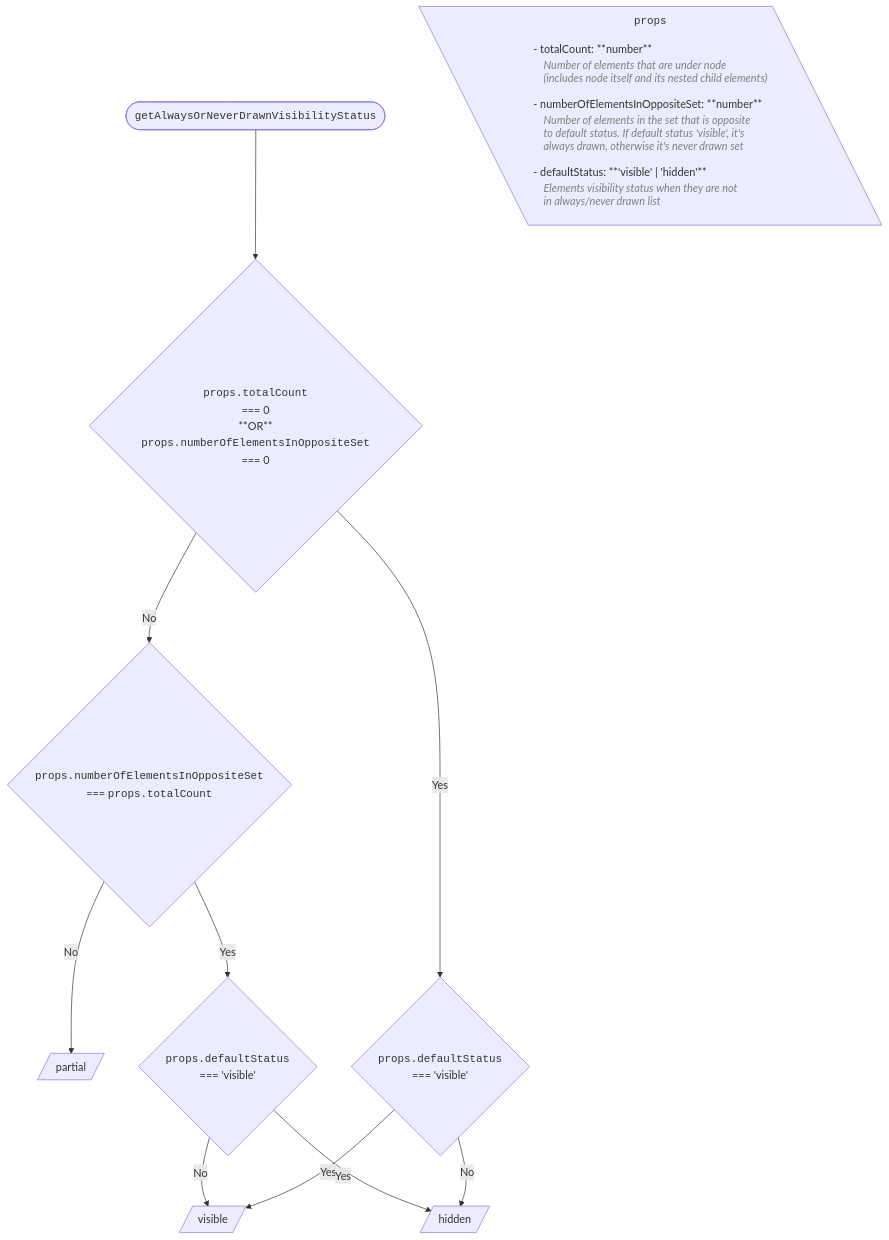
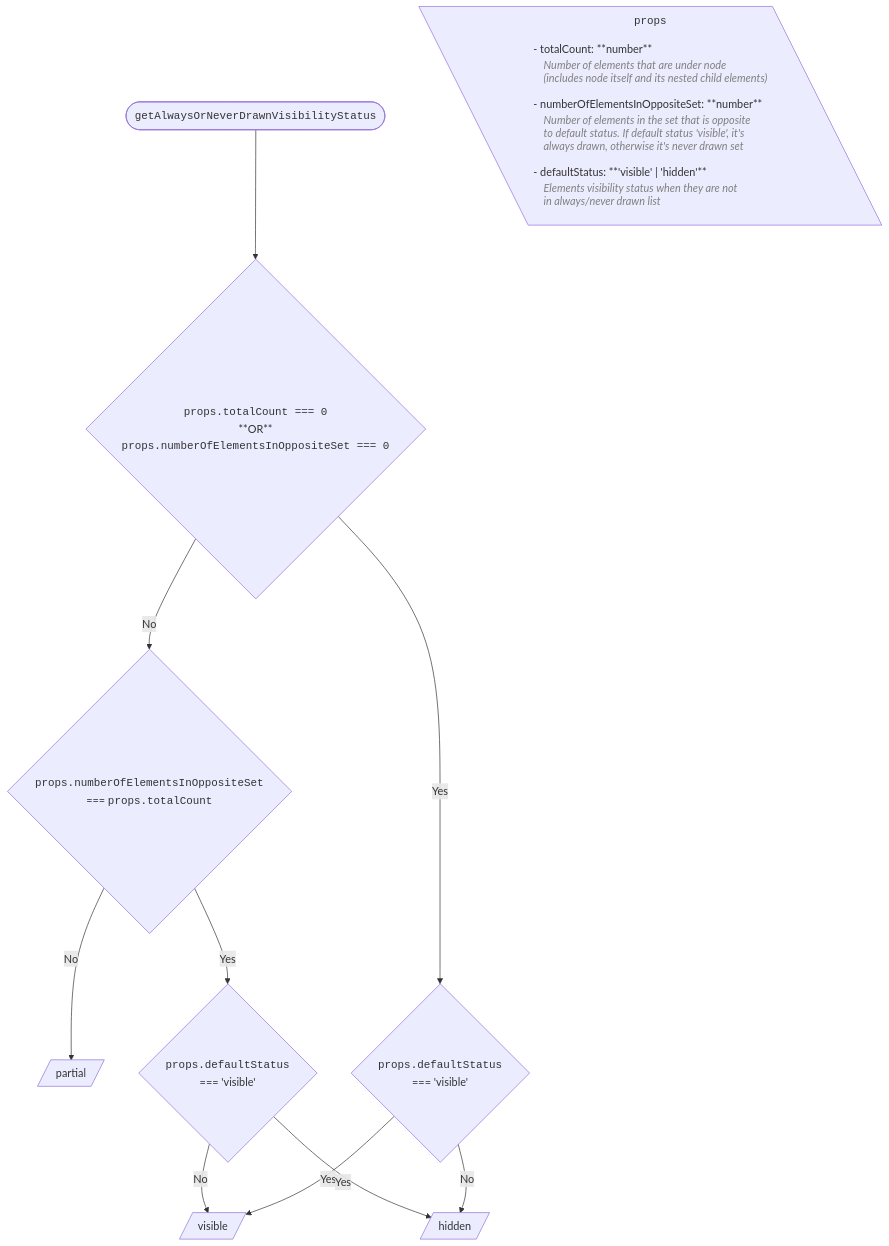
Before and after one commit to iTwin/viewer-components-react: the sixth of 6 diagrams in packages/itwin/tree-widget/docs/SharedVisibilityHandling.md, drawn with Mermaid.

````diff
--- a/packages/itwin/tree-widget/docs/SharedVisibilityHandling.md
+++ b/packages/itwin/tree-widget/docs/SharedVisibilityHandling.md
@@ -387,56 +387,56 @@
 ```mermaid
 ---
 config:
   flowchart:
     wrappingWidth: 750
     useMaxWidth: false
 ---
 
 flowchart TD
   RESULT_Partial[/partial/]
   RESULT_Visible[/visible/]
   RESULT_Hidden[/hidden/]
 
   %% Start
-  TITLE(["<code>getAlwaysOrNeverDrawnVisibilityStatus</code>"]) --> A{"<code>props.totalCount</code> <br/> === 0 <br/> **OR** <br/> <code>props.numberOfElementsInOppositeSet</code> <br/> === 0"}
+  TITLE(["<code>getAlwaysOrNeverDrawnVisibilityStatus</code>"]) --> A{"<code>props.totalCount === 0</code><br/>**OR**<br/><code>props.numberOfElementsInOppositeSet === 0</code>"}
 
   PROPS[\"
     <code>props</code>
     <div style='text-align: left; line-height: 1.2'>
       - totalCount: **number**
       %% need !important on color since to not take the config color
      <span style='color: #808080 !important; font-style: italic; margin-top: 4px; display: block; margin-left: 15px'>Number of elements that are under node <br/> (includes node itself and its nested child elements)
      </span>
       - numberOfElementsInOppositeSet: **number**
       <span style='color: #808080 !important; font-style: italic; margin-top: 4px; display: block; margin-left: 15px'>Number of elements in the set that is opposite  <br/> to default status. If default status 'visible', it's  <br/> always drawn, otherwise it's never drawn set
       </span>
       - defaultStatus: **'visible' | 'hidden'**
       <span style='color: #808080 !important; font-style: italic; margin-top: 4px; display: block; margin-left: 15px'>Elements visibility status when they are not <br/>in always/never drawn list
       </span>
     </div>
   "\]
 
   %% Branch Yes
   A -- Yes --> B1{"<code>props.defaultStatus</code> <br/> === 'visible'"}
 
     %% Branch Yes
     B1 -- Yes --> RESULT_Visible
 
     %% Branch No
     B1 -- No --> RESULT_Hidden
 
   %% Branch No
   A -- No --> B2{"<code>props.numberOfElementsInOppositeSet</code> <br/> === <code>props.totalCount</code>"}
 
     %% Branch No
     B2 -- No --> RESULT_Partial
 
     %% Branch Yes
     B2 -- Yes --> C{"<code>props.defaultStatus</code> <br/> === 'visible'"}
 
       %% Branch Yes
       C -- Yes --> RESULT_Hidden
 
       %% Branch No
       C -- No --> RESULT_Visible
 ```
````
